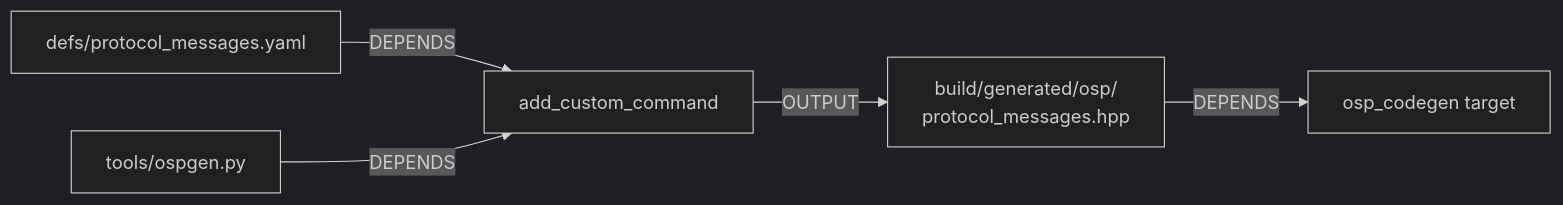
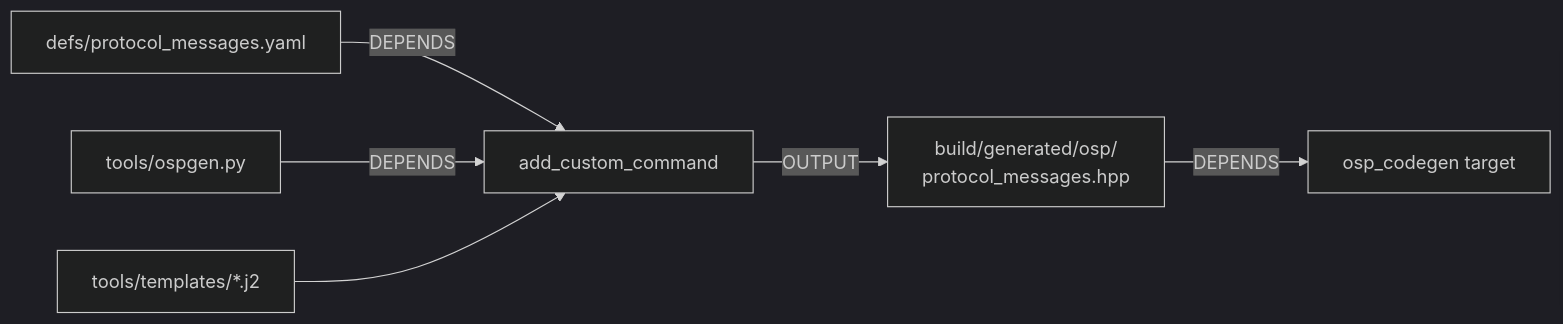
Before and after one commit to DeguiLiu/newosp: the third of 4 diagrams in docs/design_codegen_zh.md, drawn with Mermaid (dark theme). The commit also changed other lines of this file and 13 other files, not shown here.

````diff
--- a/docs/design_codegen_zh.md
+++ b/docs/design_codegen_zh.md
@@ -252,7 +440,8 @@
 ```mermaid
 flowchart LR
     YAML["defs/protocol_messages.yaml"] -->|DEPENDS| CMD["add_custom_command"]
     PY["tools/ospgen.py"] -->|DEPENDS| CMD
+    TPL["tools/templates/*.j2"] --> CMD
     CMD -->|OUTPUT| HPP["build/generated/osp/<br/>protocol_messages.hpp"]
     HPP -->|DEPENDS| TGT["osp_codegen target"]
 ```
````
